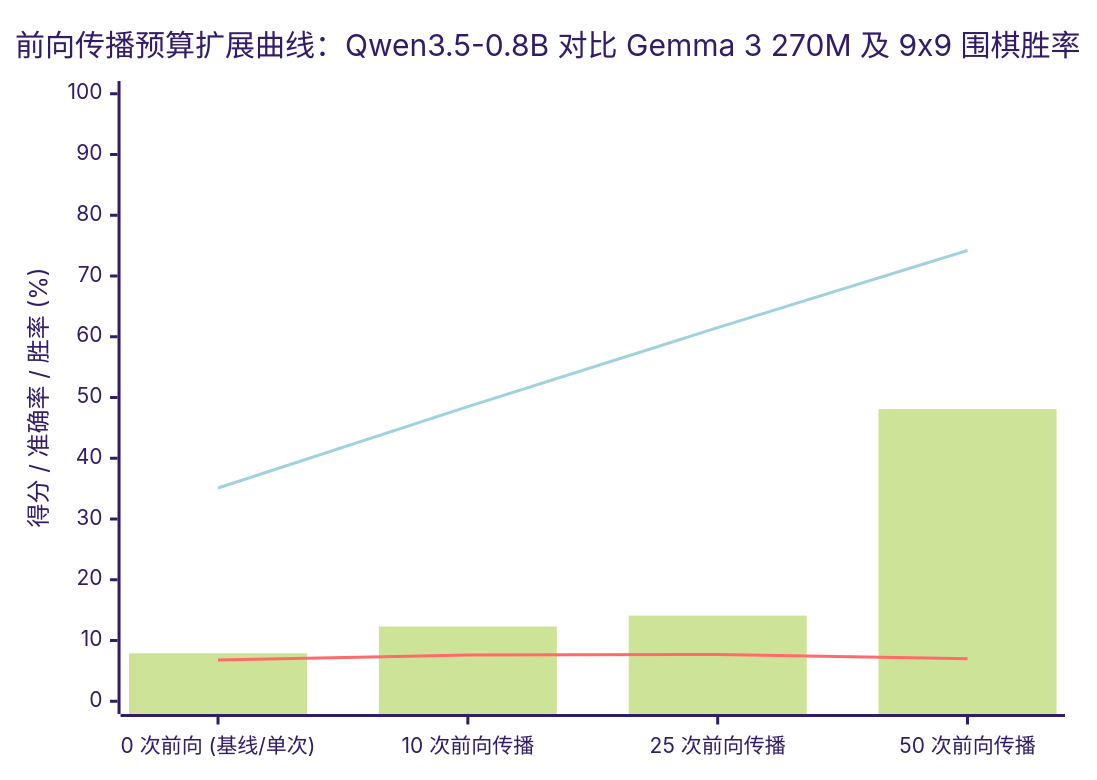
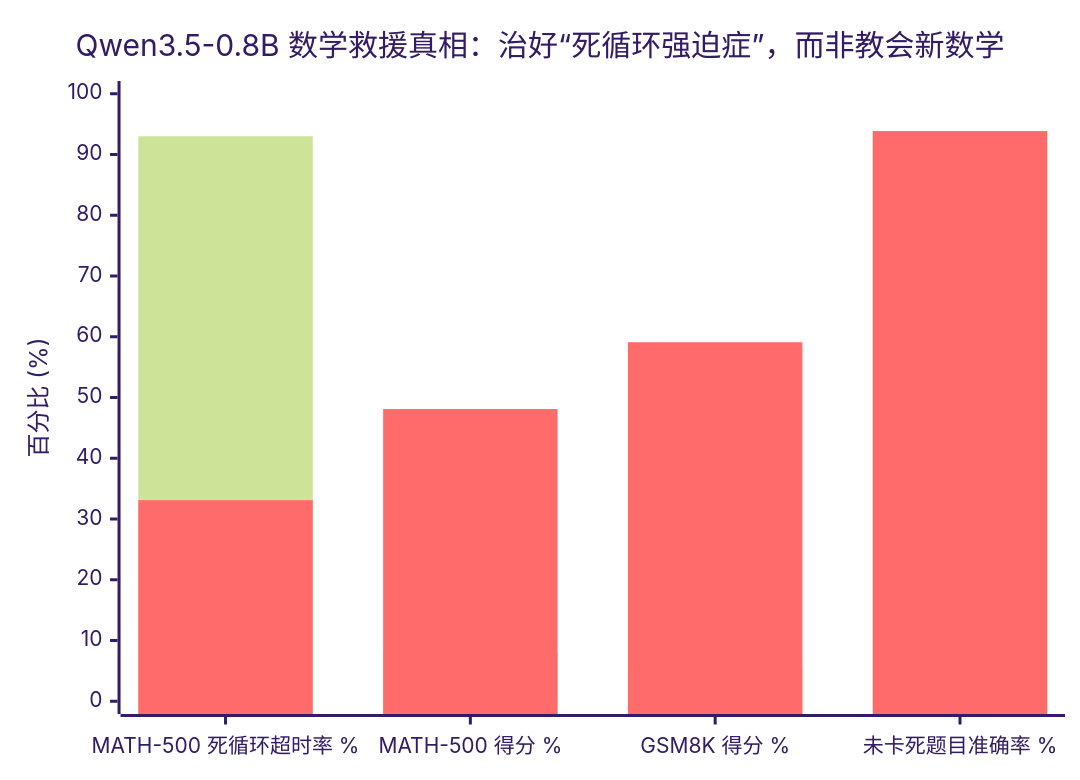
Before and after one commit to duksaramio/myblog-2026: the second of 2 diagrams in src/content/blog_zh/2026-11-02-sparks-of-weight-space-programming-gpt-6-astra-neural-compiler-creativity-deep-dive.md, drawn with Mermaid (forest theme). The commit also changed other lines of this file and 3 other files, not shown here.

````diff
--- a/src/content/blog_zh/2026-11-02-sparks-of-weight-space-programming-gpt-6-astra-neural-compiler-creativity-deep-dive.md
+++ b/src/content/blog_zh/2026-11-02-sparks-of-weight-space-programming-gpt-6-astra-neural-compiler-creativity-deep-dive.md
@@ -131,9 +138,8 @@
 ```mermaid
 xychart-beta
-    title "前向传播预算扩展曲线：Qwen3.5-0.8B 对比 Gemma 3 270M 及 9x9 围棋胜率"
-    x-axis ["0 次前向 (基线/单次)", "10 次前向传播", "25 次前向传播", "50 次前向传播"]
-    y-axis "得分 / 准确率 / 胜率 (%)" 0 --> 100
-    bar [7.9, 12.3, 14.1, 48.1]
-    line [6.8, 7.6, 7.7, 7.0]
-    line [35.1, 48.5, 61.5, 74.2]
+    title "Qwen3.5-0.8B 数学救援真相：治好“死循环强迫症”，而非教会新数学"
+    x-axis ["MATH-500 死循环超时率 %", "MATH-500 得分 %", "GSM8K 得分 %", "未卡死题目准确率 %"]
+    y-axis "百分比 (%)" 0 --> 100
+    bar [93.0, 7.9, 5.9, 93.86]
+    bar [33.1, 48.1, 59.1, 93.86]
 ```
````
